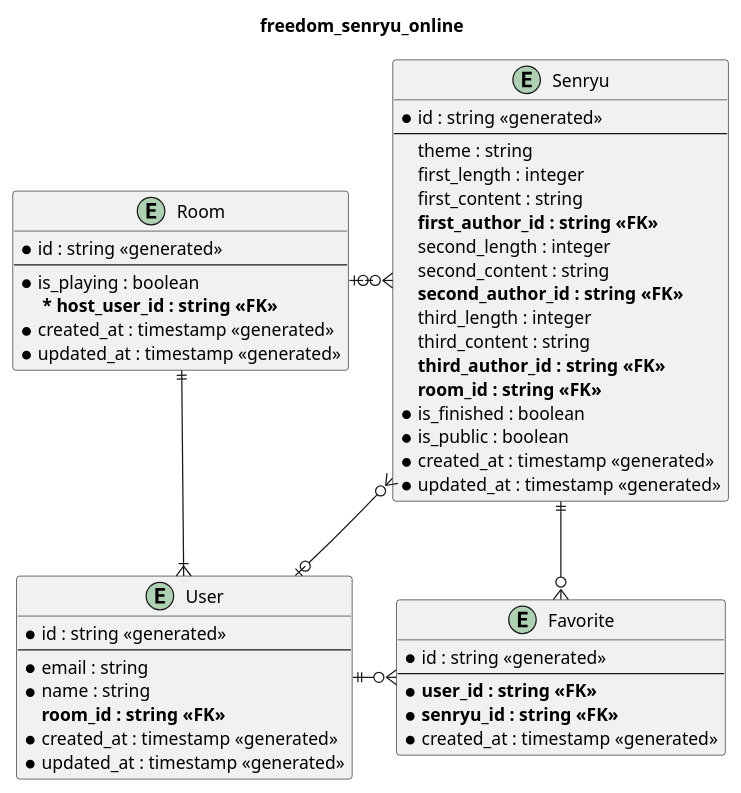
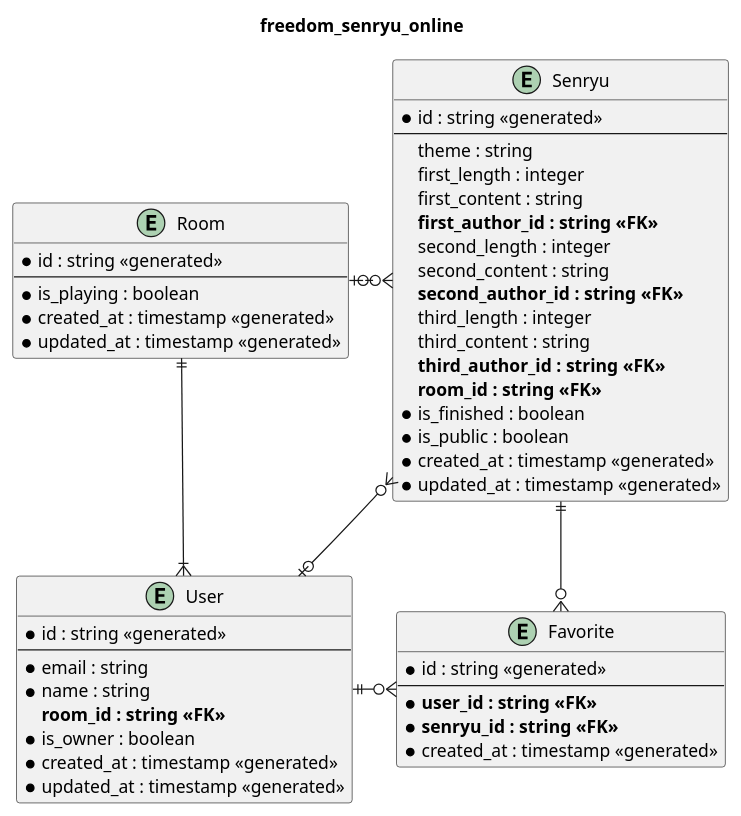
The diagram in designs/fso.pu (PigeonsHouse/freedom-senryu-online), drawn with PlantUML before and after one commit. The commit also changed 8 other files, not shown here.

```diff
--- a/designs/fso.pu
+++ b/designs/fso.pu
@@ -1,56 +1,56 @@
 @startuml er
 title freedom_senryu_online
 
 entity Room {
     * id : string <<generated>>
     ---
     * is_playing : boolean
-    ** * host_user_id : string <<FK>>**
     * created_at : timestamp <<generated>>
     * updated_at : timestamp <<generated>>
 }
 
 entity User {
     * id : string <<generated>>
     ---
     * email : string
     * name : string
     **room_id : string <<FK>>**
+    * is_owner : boolean
     * created_at : timestamp <<generated>>
     * updated_at : timestamp <<generated>>
 }
 
 entity Senryu {
     * id : string <<generated>>
     ---
     theme : string
     first_length : integer
     first_content : string
     **first_author_id : string <<FK>>**
     second_length : integer
     second_content : string
     **second_author_id : string <<FK>>**
     third_length : integer
     third_content : string
     **third_author_id : string <<FK>>**
     **room_id : string <<FK>>**
     * is_finished : boolean
     * is_public : boolean
     * created_at : timestamp <<generated>>
     * updated_at : timestamp <<generated>>
 }
 
 entity Favorite {
     * id : string <<generated>>
     ---
     * **user_id : string <<FK>>**
     * **senryu_id : string <<FK>>**
     * created_at : timestamp <<generated>>
 }
 
 Room   ||-r-|{ User
 Room   |o-r-o{ Senryu
 User   |o-u-o{ Senryu
 User   ||-r-o{ Favorite
 Senryu ||-r-o{ Favorite
 @enduml
```
